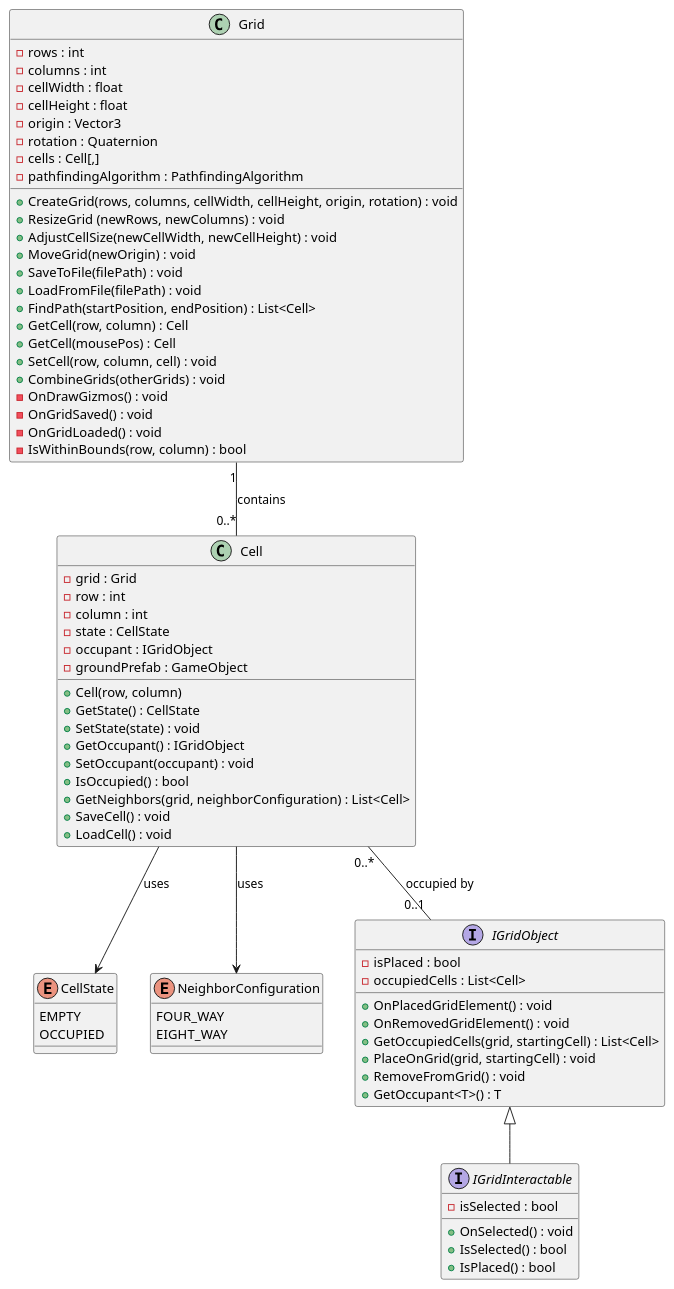
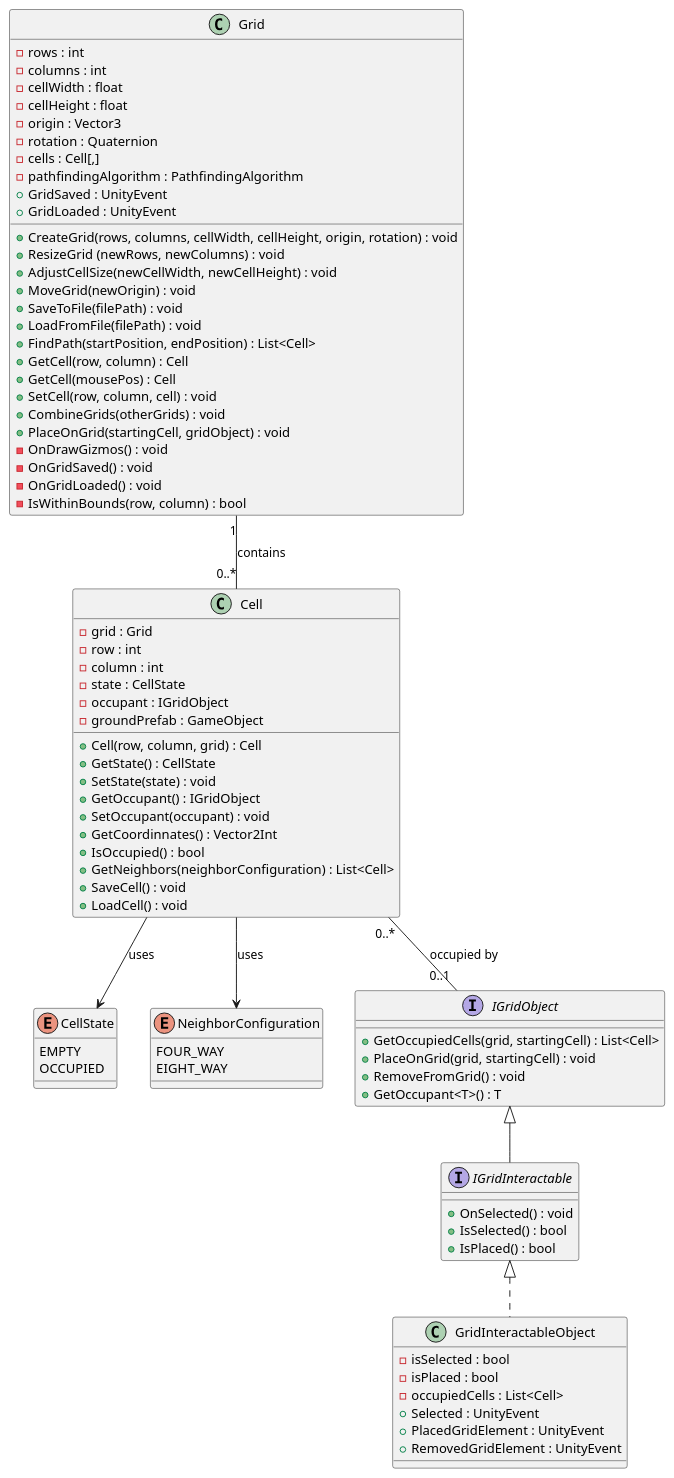
The diagram in UML/GridSystem.puml (CarGAnd/FactoryGameJam), drawn with PlantUML before and after one commit.

Commit message:
[Design] Update of UML for Grid System.
Updated UML to make more programming sense, such as removing variables in interfaces. introducing a pseudo object that implements the interfaces. Adding Grid to a cell for keeping.

```diff
--- a/UML/GridSystem.puml
+++ b/UML/GridSystem.puml
@@ -1,85 +1,92 @@
 @startuml GridSystem
 
 class Grid{
     - rows : int
     - columns : int
     - cellWidth : float
     - cellHeight : float
     - origin : Vector3
     - rotation : Quaternion
     - cells : Cell[,]
     - pathfindingAlgorithm : PathfindingAlgorithm
+    + GridSaved : UnityEvent
+    + GridLoaded : UnityEvent
+
 
     + CreateGrid(rows, columns, cellWidth, cellHeight, origin, rotation) : void
     + ResizeGrid (newRows, newColumns) : void
     + AdjustCellSize(newCellWidth, newCellHeight) : void
     + MoveGrid(newOrigin) : void
     + SaveToFile(filePath) : void
     + LoadFromFile(filePath) : void
     + FindPath(startPosition, endPosition) : List<Cell>
     + GetCell(row, column) : Cell
     + GetCell(mousePos) : Cell
     + SetCell(row, column, cell) : void
     + CombineGrids(otherGrids) : void
+    + PlaceOnGrid(startingCell, gridObject) : void
     - OnDrawGizmos() : void
     - OnGridSaved() : void
     - OnGridLoaded() : void
     - IsWithinBounds(row, column) : bool
 }
 
 class Cell {
     - grid : Grid
     - row : int
     - column : int
     - state : CellState
     - occupant : IGridObject
     - groundPrefab : GameObject
 
-    + Cell(row, column)
+    + Cell(row, column, grid) : Cell
     + GetState() : CellState
     + SetState(state) : void
     + GetOccupant() : IGridObject
     + SetOccupant(occupant) : void
+    + GetCoordinnates() : Vector2Int
     + IsOccupied() : bool
-    + GetNeighbors(grid, neighborConfiguration) : List<Cell>
+    + GetNeighbors(neighborConfiguration) : List<Cell>
     + SaveCell() : void
     + LoadCell() : void
 }
 
 enum CellState {
     EMPTY
     OCCUPIED
 }
 
 enum NeighborConfiguration{
     FOUR_WAY
     EIGHT_WAY
 }
 
 interface IGridObject {
-    - isPlaced : bool
-    - occupiedCells : List<Cell>
-
-    + OnPlacedGridElement() : void
-    + OnRemovedGridElement() : void
     + GetOccupiedCells(grid, startingCell) : List<Cell>
     + PlaceOnGrid(grid, startingCell) : void
     + RemoveFromGrid() : void
     + GetOccupant<T>() : T
 }
 
 interface IGridInteractable extends IGridObject {
-    - isSelected : bool
-
     + OnSelected() : void
     + IsSelected() : bool
     + IsPlaced() : bool
 
+}
+
+class GridInteractableObject implements IGridInteractable {
+    - isSelected : bool
+    - isPlaced : bool
+    - occupiedCells : List<Cell>
+    + Selected : UnityEvent
+    + PlacedGridElement : UnityEvent
+    + RemovedGridElement : UnityEvent	
 }
 
 Cell --> CellState : uses
 Cell --> NeighborConfiguration : uses
 Grid "1" -- "0..*" Cell : contains
 Cell "0..*" -- "0..1" IGridObject : occupied by
 
 @enduml
```
